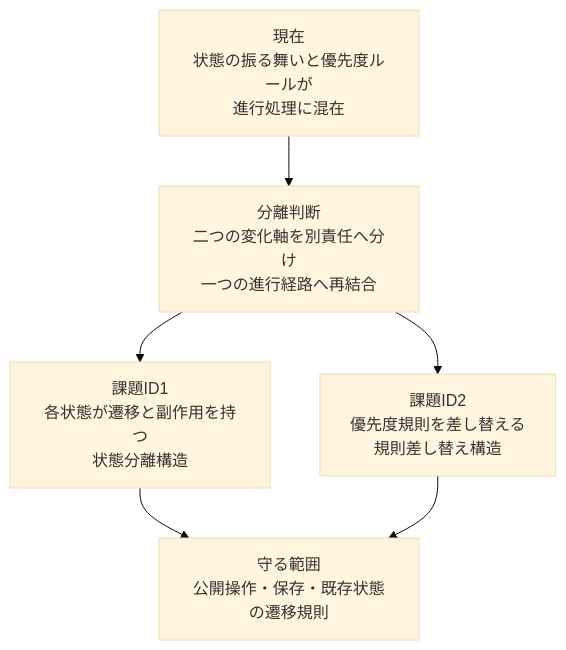
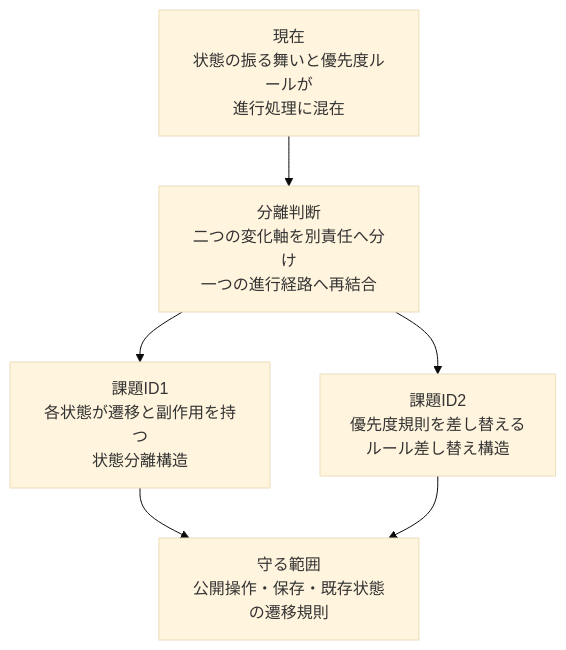
Before and after one commit to kumachan1101-pixel/DesignPattern: the ninth of 22 diagrams in kindle/design-patterns/output/chapter09_2.md, drawn with Mermaid (base theme). The commit also changed other lines of this file and 28 other files, not shown here.

Commit message:
docs: simplify phase 6 design flow

````diff
--- a/kindle/design-patterns/output/chapter09_2.md
+++ b/kindle/design-patterns/output/chapter09_2.md
@@ -1425,8 +1425,8 @@
 ```mermaid
 flowchart TB
     A[現在<br/>状態の振る舞いと優先度ルールが<br/>進行処理に混在] --> B[分離判断<br/>二つの変化軸を別責任へ分け<br/>一つの進行経路へ再結合]
     B --> C[課題ID1<br/>各状態が遷移と副作用を持つ<br/>状態分離構造]
-    B --> D[課題ID2<br/>優先度規則を差し替える<br/>規則差し替え構造]
+    B --> D[課題ID2<br/>優先度規則を差し替える<br/>ルール差し替え構造]
     C --> E[守る範囲<br/>公開操作・保存・既存状態の遷移規則]
     D --> E
 ```
````
